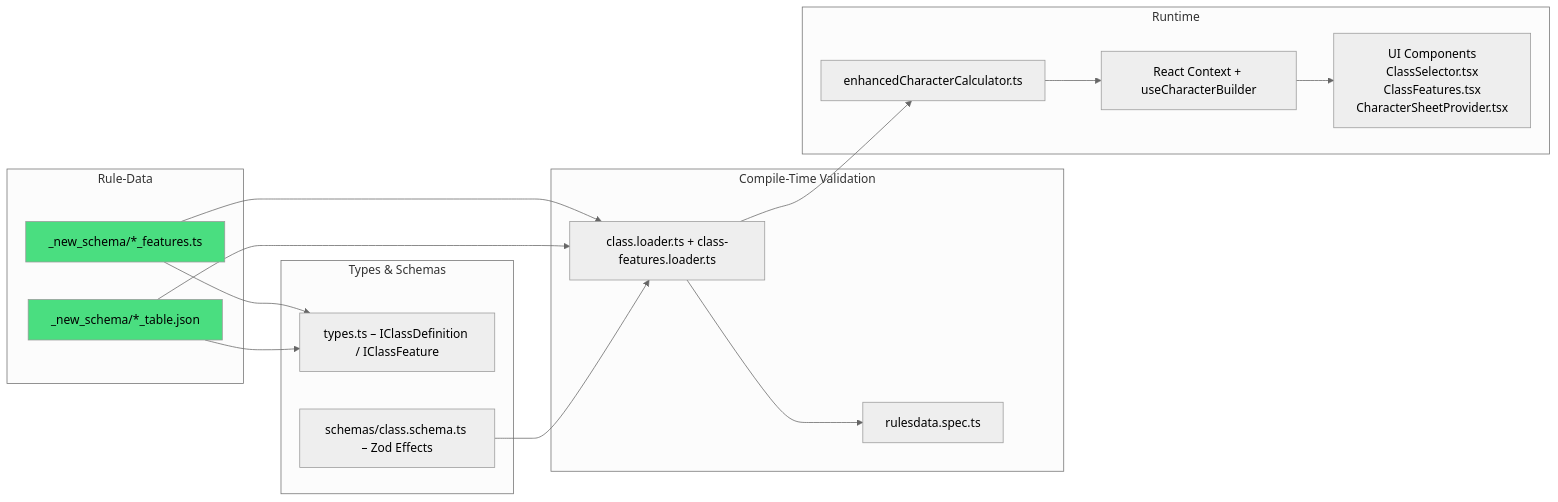
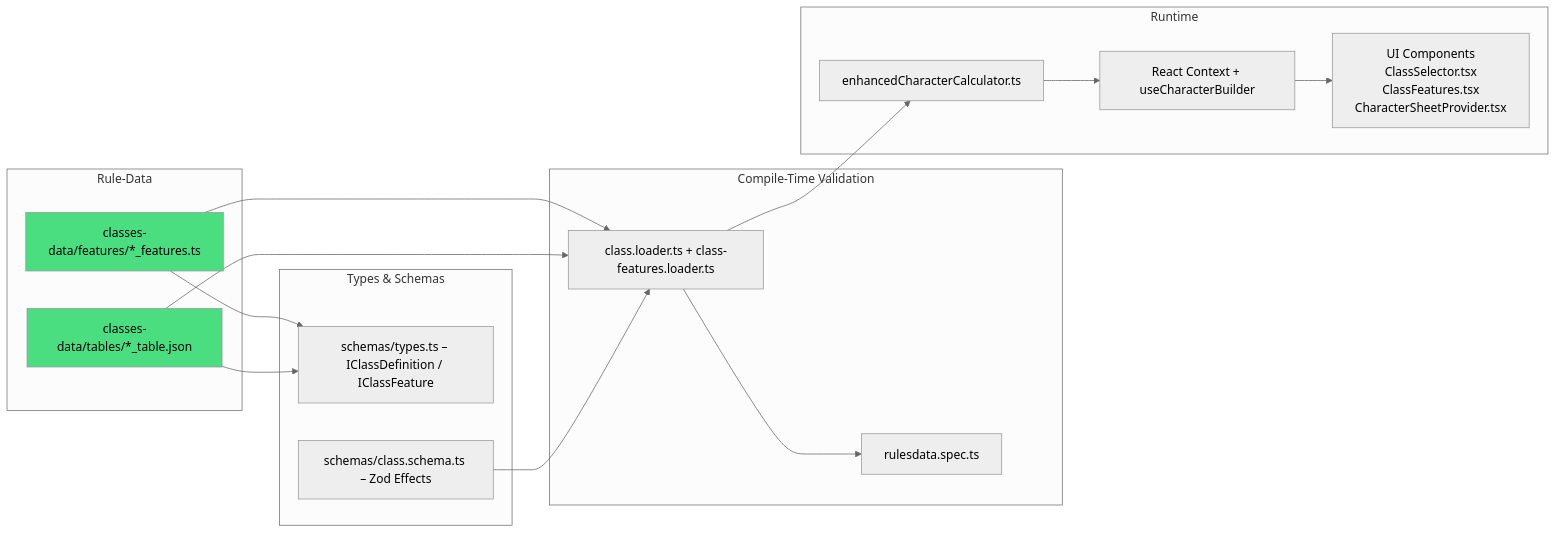
The diagram in docs/systems/CLASS_SYSTEM.MD (YasafVol/dc20clean), drawn with Mermaid (neutral theme) before and after one commit. The commit also changed other lines of this file and 3 other files, not shown here.

````diff
--- a/docs/systems/CLASS_SYSTEM.MD
+++ b/docs/systems/CLASS_SYSTEM.MD
@@ -12,34 +12,34 @@
 ```mermaid
 flowchart LR
     subgraph Rule-Data
-        A1[_new_schema/*_features.ts]
-        A2[_new_schema/*_table.json]
+        A1[classes-data/features/*_features.ts]
+        A2[classes-data/tables/*_table.json]
         style A1 fill:#4ade80,color:#000
         style A2 fill:#4ade80,color:#000
     end
 
     subgraph Types & Schemas
-        B1[types.ts – IClassDefinition / IClassFeature]
+        B1[schemas/types.ts – IClassDefinition / IClassFeature]
         B2[schemas/class.schema.ts – Zod Effects]
     end
 
     A1 --> B1
     A2 --> B1
 
     subgraph Compile-Time Validation
         C1[class.loader.ts + class-features.loader.ts]
         C2[rulesdata.spec.ts]
     end
 
     A1 & A2 --> C1
     B2 --> C1
     C1 --> C2
 
     subgraph Runtime
         D1[enhancedCharacterCalculator.ts]
         D2[React Context + useCharacterBuilder]
         D3[UI Components<br/>ClassSelector.tsx<br/>ClassFeatures.tsx<br/>CharacterSheetProvider.tsx]
     end
 
     C1 --> D1 --> D2 --> D3
 ```
````
